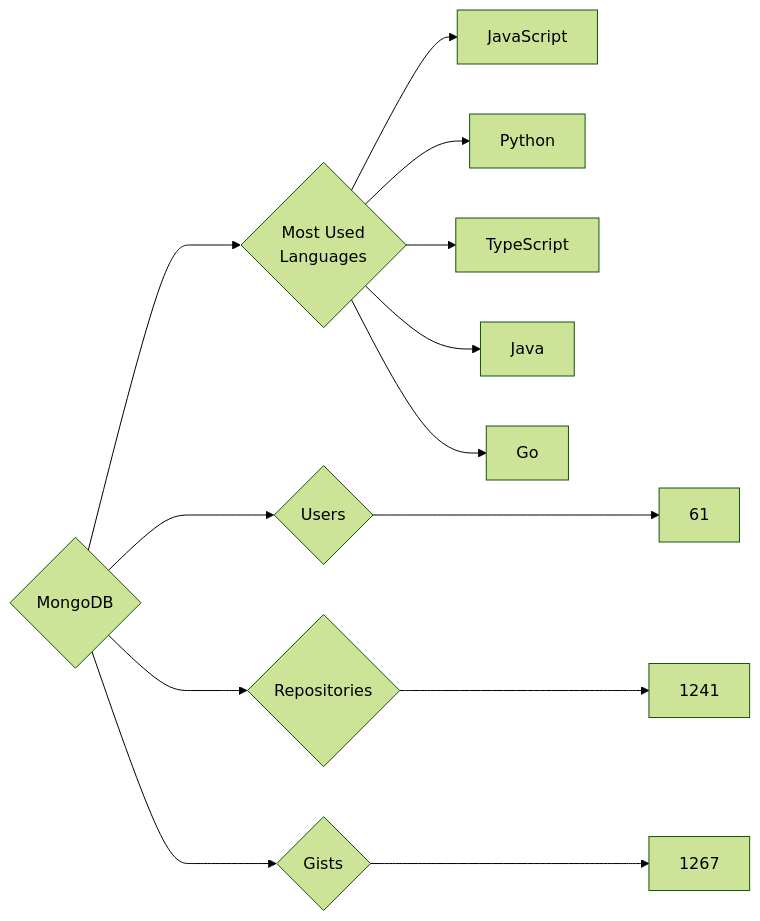
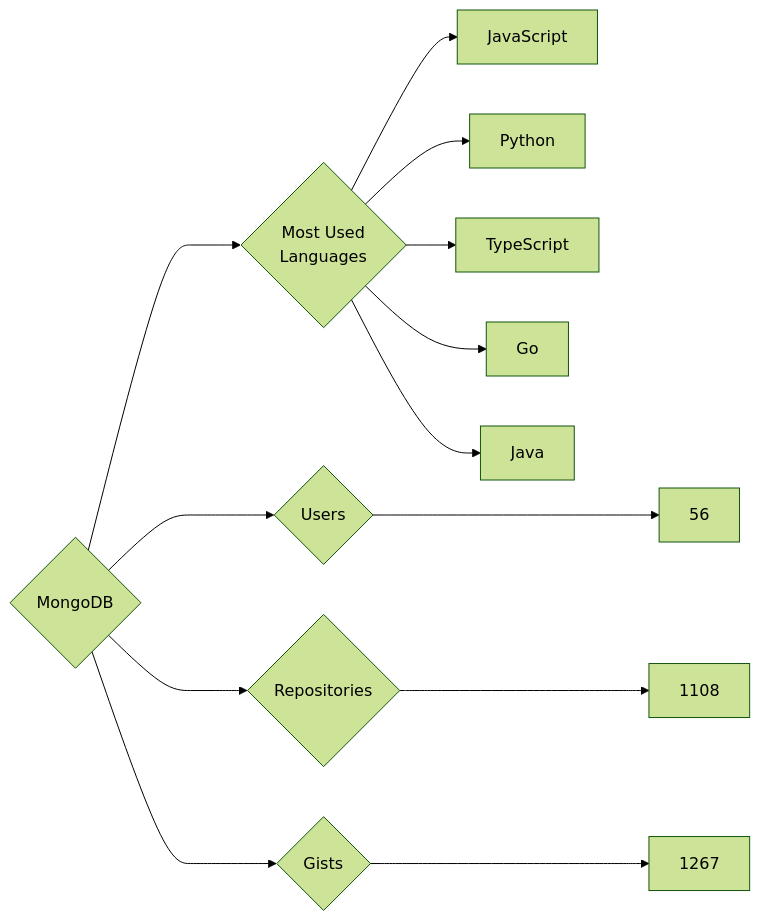
Before and after one commit to trickest/insiders: the diagram in targets/MongoDB/README.md, drawn with Mermaid (forest theme). The commit also changed 1248 other files, not shown here.

````diff
--- a/targets/MongoDB/README.md
+++ b/targets/MongoDB/README.md
@@ -3,13 +3,13 @@
 ```mermaid
 graph LR
 COMPANY_NAME{MongoDB}
-COMPANY_NAME ---> U{Users} ---> UN[61]
-COMPANY_NAME ---> R{Repositories} ---> RN[1241]
+COMPANY_NAME ---> U{Users} ---> UN[56]
+COMPANY_NAME ---> R{Repositories} ---> RN[1108]
 COMPANY_NAME ---> G{Gists} ---> GN[1267]
 COMPANY_NAME ---> ML{Most Used<br>Languages}
 ML --> JavaScript[JavaScript]
 ML --> Python[Python]
 ML --> TypeScript[TypeScript]
+ML --> Go[Go]
 ML --> Java[Java]
-ML --> Go[Go]
 ```
````
